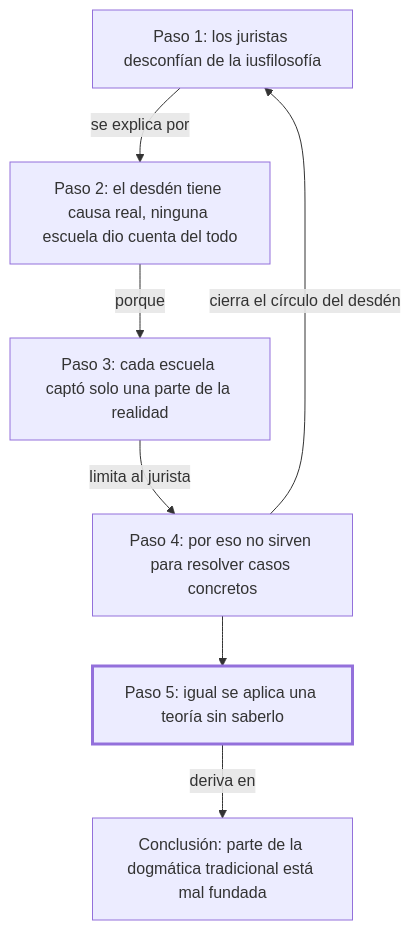
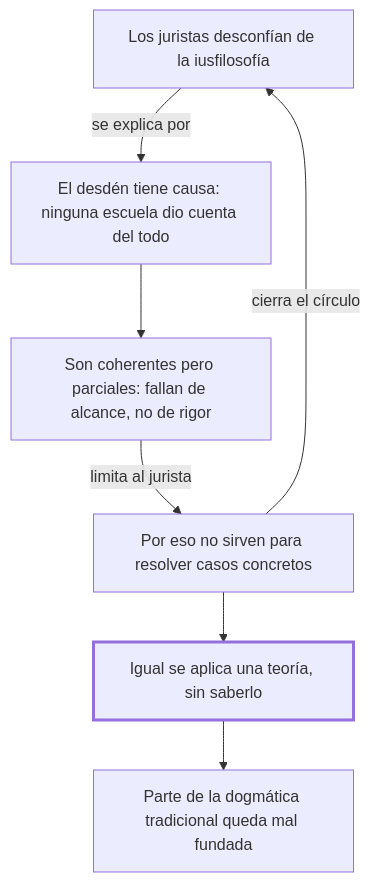
Before and after one commit to SebastianMora98/derecho: the diagram in libros/fs-diferentes-concepciones-de-lo-juridico-1/estudio/02-54-vision-fragmentaria-de-la-experiencia.md, drawn with Mermaid. The commit also changed other lines of this file and 17 other files, not shown here.

````diff
--- a/libros/fs-diferentes-concepciones-de-lo-juridico-1/estudio/02-54-vision-fragmentaria-de-la-experiencia.md
+++ b/libros/fs-diferentes-concepciones-de-lo-juridico-1/estudio/02-54-vision-fragmentaria-de-la-experiencia.md
@@ -33,16 +21,16 @@
 ```mermaid
 flowchart TD
-    P1["Paso 1: los juristas desconfían de la iusfilosofía"]
-    P2["Paso 2: el desdén tiene causa real, ninguna escuela dio cuenta del todo"]
-    P3["Paso 3: cada escuela captó solo una parte de la realidad"]
-    P4["Paso 4: por eso no sirven para resolver casos concretos"]
-    P5["Paso 5: igual se aplica una teoría sin saberlo"]:::critico
-    C["Conclusión: parte de la dogmática tradicional está mal fundada"]
-    P1 -->|"se explica por"| P2
-    P2 -->|"porque"| P3
-    P3 -->|"limita al jurista"| P4
-    P4 -->|"cierra el círculo del desdén"| P1
-    P4 --> P5
-    P5 -->|"deriva en"| C
+    D["Los juristas desconfían de la iusfilosofía"]
+    C["El desdén tiene causa: ninguna escuela dio cuenta del todo"]
+    A["Son coherentes pero parciales: fallan de alcance, no de rigor"]
+    P["Por eso no sirven para resolver casos concretos"]
+    V["Igual se aplica una teoría, sin saberlo"]:::critico
+    R["Parte de la dogmática tradicional queda mal fundada"]
+    D -->|"se explica por"| C
+    C --> A
+    A -->|"limita al jurista"| P
+    P -->|"cierra el círculo"| D
+    P --> V
+    V --> R
     classDef critico stroke-width:3px
 ```
````
